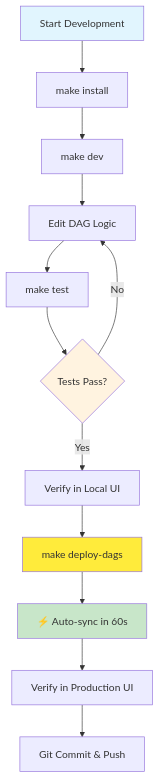
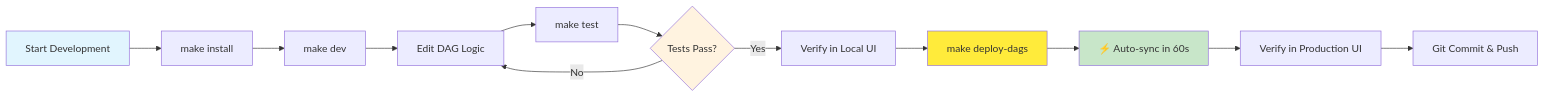
The diagram in README.md (namtonthat/dagster-ecs), drawn with Mermaid before and after one commit. The commit also changed other lines of this file, not shown here.

Commit message:
docs: LR diagram

````diff
--- a/README.md
+++ b/README.md
@@ -49,19 +49,19 @@
 ```mermaid
-flowchart TD
+flowchart LR
     A[Start Development] --> B[make install]
     B --> C[make dev]
     C --> D[Edit DAG Logic]
     D --> E[make test]
     E --> F{Tests Pass?}
     F -->|No| D
     F -->|Yes| G[Verify in Local UI]
     G --> H[make deploy-dags]
     H --> I[⚡ Auto-sync in 60s]
     I --> J[Verify in Production UI]
     J --> K[Git Commit & Push]
     
     style A fill:#e1f5fe
     style I fill:#c8e6c9
     style H fill:#ffeb3b
     style F fill:#fff3e0
 ```
````
